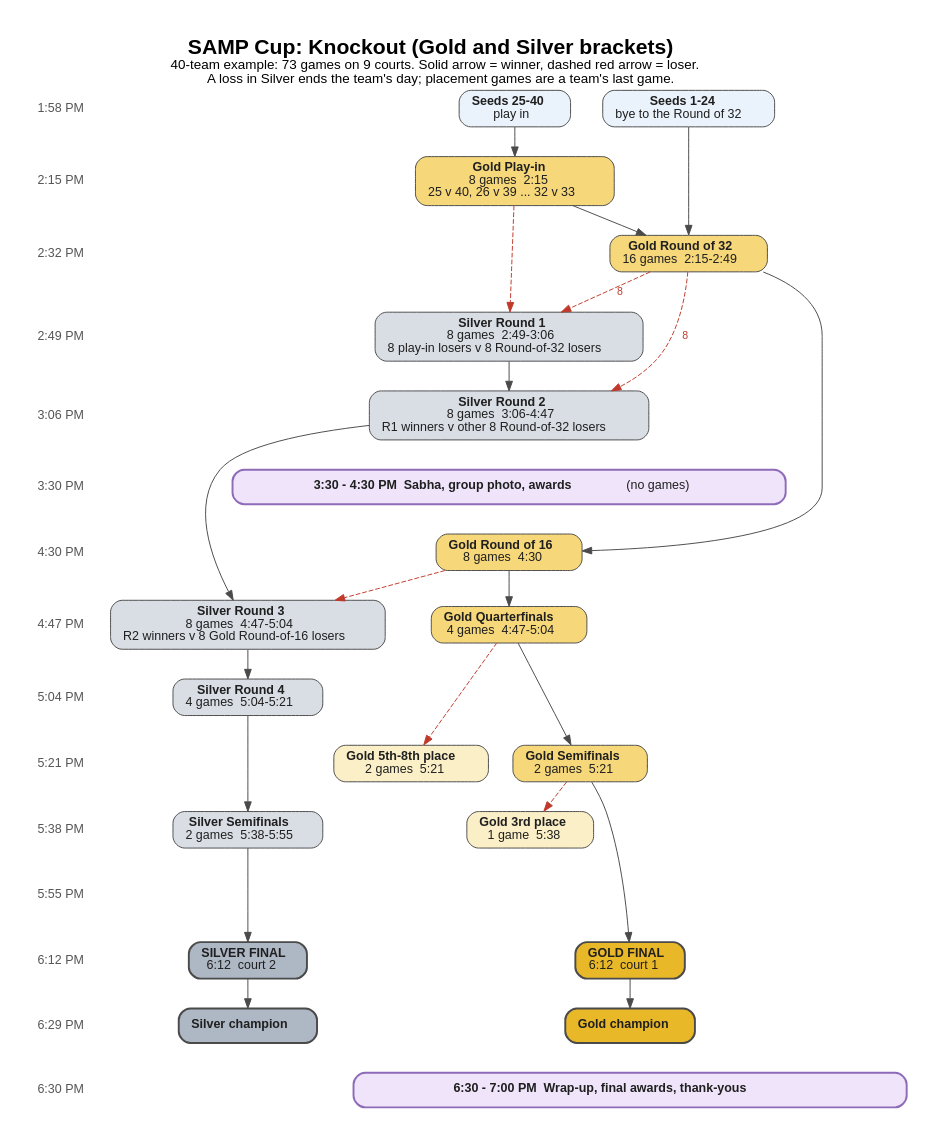
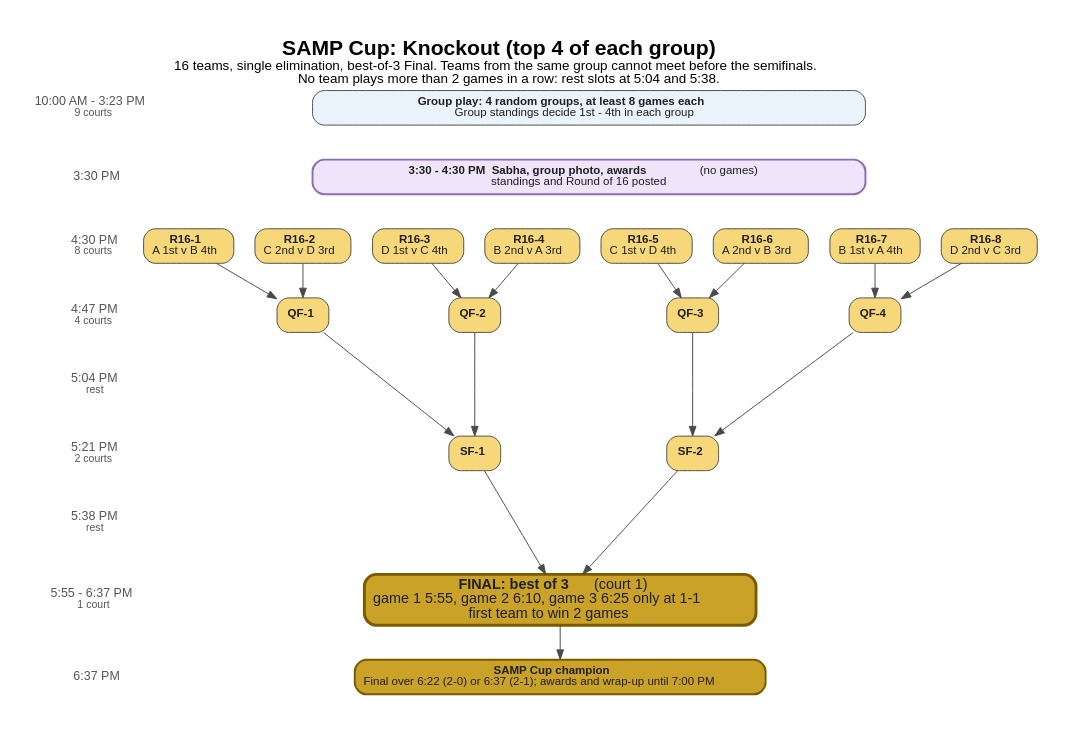
The diagram in Tournament Resources/flowchart_knockout.dot (itsKrutarth/SampCup), drawn with Graphviz before and after one commit. The commit also changed 20 other files, not shown here.

```diff
--- a/Tournament Resources/flowchart_knockout.dot
+++ b/Tournament Resources/flowchart_knockout.dot
@@ -1,84 +1,53 @@
-// SAMP Cup knockout flow (40-team times from sampcup_40team_knockout_schedule.csv).
+// SAMP Cup knockout flow (40-team times and courts from sampcup_40team_knockout_schedule.csv).
 // Render: dot -Tpng -Gdpi=150 flowchart_knockout.dot -o flowchart_knockout.png
 digraph knockout {
-  graph [rankdir=TB, fontname="Helvetica", fontsize=22, labelloc=t, nodesep=0.35, ranksep=0.4, pad=0.4, newrank=true,
-         label=<<b>SAMP Cup: Knockout (Gold and Silver brackets)</b><br/><font point-size="14">40-team example: 73 games on 9 courts. Solid arrow = winner, dashed red arrow = loser.<br/>A loss in Silver ends the team's day; placement games are a team's last game.</font>>];
-  node  [fontname="Helvetica", fontsize=13, shape=box, style="rounded,filled", color="#4A4A4A", margin="0.18,0.08"];
+  graph [rankdir=TB, fontname="Helvetica", fontsize=22, labelloc=t, nodesep=0.3, ranksep=0.5, pad=0.4, newrank=true,
+         label=<<b>SAMP Cup: Knockout (top 4 of each group)</b><br/><font point-size="14">16 teams, single elimination, best-of-3 Final. Teams from the same group cannot meet before the semifinals.<br/>No team plays more than 2 games in a row: rest slots at 5:04 and 5:38.</font>>];
+  node  [fontname="Helvetica", fontsize=12, shape=box, style="rounded,filled", color="#4A4A4A", margin="0.12,0.06", fillcolor="#F6D77A"];
   edge  [fontname="Helvetica", fontsize=11, color="#4A4A4A"];
 
-  // time axis
+  // time axis with courts in use
   node [shape=plaintext, style="", fontsize=13, fontcolor="#555555", margin=0];
-  t0 [label="1:58 PM"]; t1 [label="2:15 PM"]; t2 [label="2:32 PM"]; t3 [label="2:49 PM"]; t4 [label="3:06 PM"];
-  tS [label="3:30 PM"]; t5 [label="4:30 PM"]; t6 [label="4:47 PM"]; t7 [label="5:04 PM"]; t8 [label="5:21 PM"];
-  t9 [label="5:38 PM"]; t10 [label="5:55 PM"]; t11 [label="6:12 PM"]; t12 [label="6:29 PM"]; t13 [label="6:30 PM"];
-  t0 -> t1 -> t2 -> t3 -> t4 -> tS -> t5 -> t6 -> t7 -> t8 -> t9 -> t10 -> t11 -> t12 -> t13 [style=invis];
+  tG [label=<10:00 AM - 3:23 PM<br/><font point-size="11">9 courts</font>>];
+  tS [label="3:30 PM"];
+  t1 [label=<4:30 PM<br/><font point-size="11">8 courts</font>>];
+  t2 [label=<4:47 PM<br/><font point-size="11">4 courts</font>>];
+  t3 [label=<5:04 PM<br/><font point-size="11">rest</font>>];
+  t4 [label=<5:21 PM<br/><font point-size="11">2 courts</font>>];
+  t5 [label=<5:38 PM<br/><font point-size="11">rest</font>>];
+  t6 [label=<5:55 - 6:37 PM<br/><font point-size="11">1 court</font>>];
+  t7 [label="6:37 PM"];
+  tG -> tS -> t1 -> t2 -> t3 -> t4 -> t5 -> t6 -> t7 [style=invis];
 
-  node [shape=box, style="rounded,filled", fontcolor="#1F1F1F", fontsize=13, margin="0.18,0.08"];
+  node [shape=box, style="rounded,filled", fontcolor="#1F1F1F", fontsize=12, margin="0.12,0.06"];
 
-  // seeds
-  top   [label=<<b>Seeds 1-24</b><br/>bye to the Round of 32>, fillcolor="#EAF2FB"];
-  low   [label=<<b>Seeds 25-40</b><br/>play in>, fillcolor="#EAF2FB"];
+  groups [label=<<b>Group play: 4 random groups, at least 8 games each</b><br/>Group standings decide 1st - 4th in each group>, fillcolor="#EAF2FB", width=8];
+  sabha  [label=<<b>3:30 - 4:30 PM  Sabha, group photo, awards</b>  (no games)<br/>standings and Round of 16 posted>, fillcolor="#EFE4FA", color="#8E6BB8", penwidth=2, width=8];
 
-  // Gold bracket
-  gpi   [label=<<b>Gold Play-in</b><br/>8 games  2:15<br/>25 v 40, 26 v 39 ... 32 v 33>, fillcolor="#F6D77A"];
-  g32   [label=<<b>Gold Round of 32</b><br/>16 games  2:15-2:49>, fillcolor="#F6D77A"];
-  g16   [label=<<b>Gold Round of 16</b><br/>8 games  4:30>, fillcolor="#F6D77A"];
-  gqf   [label=<<b>Gold Quarterfinals</b><br/>4 games  4:47-5:04>, fillcolor="#F6D77A"];
-  gsf   [label=<<b>Gold Semifinals</b><br/>2 games  5:21>, fillcolor="#F6D77A"];
-  gf    [label=<<b>GOLD FINAL</b><br/>6:12  court 1>, fillcolor="#E9B829", penwidth=2];
-  gch   [label=<<b>Gold champion</b>>, shape=box, style="rounded,filled,bold", fillcolor="#E9B829"];
+  r1 [label=<<b>R16-1</b><br/>A 1st v B 4th>];
+  r2 [label=<<b>R16-2</b><br/>C 2nd v D 3rd>];
+  r3 [label=<<b>R16-3</b><br/>D 1st v C 4th>];
+  r4 [label=<<b>R16-4</b><br/>B 2nd v A 3rd>];
+  r5 [label=<<b>R16-5</b><br/>C 1st v D 4th>];
+  r6 [label=<<b>R16-6</b><br/>A 2nd v B 3rd>];
+  r7 [label=<<b>R16-7</b><br/>B 1st v A 4th>];
+  r8 [label=<<b>R16-8</b><br/>D 2nd v C 3rd>];
+  q1 [label=<<b>QF-1</b>>]; q2 [label=<<b>QF-2</b>>]; q3 [label=<<b>QF-3</b>>]; q4 [label=<<b>QF-4</b>>];
+  s1 [label=<<b>SF-1</b>>]; s2 [label=<<b>SF-2</b>>];
+  f  [label=<<b>FINAL: best of 3</b>  (court 1)<br/>game 1 5:55, game 2 6:10, game 3 6:25 only at 1-1<br/>first team to win 2 games>, fillcolor="#C9A227", color="#7A5C00", penwidth=3, fontsize=15];
+  champ [label=<<b>SAMP Cup champion</b><br/>Final over 6:22 (2-0) or 6:37 (2-1); awards and wrap-up until 7:00 PM>, fillcolor="#C9A227", color="#7A5C00", penwidth=2];
 
-  // placement
-  p5    [label=<<b>Gold 5th-8th place</b><br/>2 games  5:21>, fillcolor="#FBEFC7"];
-  p3    [label=<<b>Gold 3rd place</b><br/>1 game  5:38>, fillcolor="#FBEFC7"];
+  groups -> sabha [style=invis];
+  sabha -> {r1 r2 r3 r4 r5 r6 r7 r8} [style=invis];
+  {r1 r2} -> q1; {r3 r4} -> q2; {r5 r6} -> q3; {r7 r8} -> q4;
+  {q1 q2} -> s1; {q3 q4} -> s2;
+  {s1 s2} -> f -> champ;
 
-  // Silver bracket (losers bracket)
-  s1    [label=<<b>Silver Round 1</b><br/>8 games  2:49-3:06<br/>8 play-in losers v 8 Round-of-32 losers>, fillcolor="#D9DEE5"];
-  s2    [label=<<b>Silver Round 2</b><br/>8 games  3:06-4:47<br/>R1 winners v other 8 Round-of-32 losers>, fillcolor="#D9DEE5"];
-  s3    [label=<<b>Silver Round 3</b><br/>8 games  4:47-5:04<br/>R2 winners v 8 Gold Round-of-16 losers>, fillcolor="#D9DEE5"];
-  s4    [label=<<b>Silver Round 4</b><br/>4 games  5:04-5:21>, fillcolor="#D9DEE5"];
-  ssf   [label=<<b>Silver Semifinals</b><br/>2 games  5:38-5:55>, fillcolor="#D9DEE5"];
-  sf    [label=<<b>SILVER FINAL</b><br/>6:12  court 2>, fillcolor="#AEB7C4", penwidth=2];
-  sch   [label=<<b>Silver champion</b>>, style="rounded,filled,bold", fillcolor="#AEB7C4"];
-
-  sabha [label=<<b>3:30 - 4:30 PM  Sabha, group photo, awards</b>  (no games)>, fillcolor="#EFE4FA", color="#8E6BB8", penwidth=2, width=8];
-  wrap  [label=<<b>6:30 - 7:00 PM  Wrap-up, final awards, thank-yous</b>>, fillcolor="#EFE4FA", color="#8E6BB8", penwidth=2, width=8];
-
-  // winners
-  low -> gpi;
-  top -> g32;
-  gpi -> g32;
-  g32 -> g16 -> gqf -> gsf -> gf -> gch;
-  s1 -> s2 -> s3 -> s4 -> ssf -> sf -> sch;
-
-  // losers
-  edge [style=dashed, color="#C0392B", fontcolor="#C0392B"];
-  gpi -> s1;
-  g32 -> s1 [label=" 8"];
-  g32 -> s2 [label=" 8"];
-  g16 -> s3;
-  gqf -> p5;
-  gsf -> p3;
-
-  // align with the time axis
-  {rank=same; t0; top; low}
-  {rank=same; t1; gpi}
-  {rank=same; t2; g32}
-  {rank=same; t3; s1}
-  {rank=same; t4; s2}
+  {rank=same; tG; groups}
   {rank=same; tS; sabha}
-  {rank=same; t5; g16}
-  {rank=same; t6; gqf; s3}
-  {rank=same; t7; s4}
-  {rank=same; t8; gsf; p5}
-  {rank=same; t9; p3; ssf}
-  {rank=same; t10}
-  {rank=same; t11; gf; sf}
-  {rank=same; t12; gch; sch}
-  {rank=same; t13; wrap}
-
-  // keep Sabha and wrap-up as bands across the chart
-  edge [style=invis];
-  s2 -> sabha -> g16;
-  gch -> wrap;
+  {rank=same; t1; r1; r2; r3; r4; r5; r6; r7; r8}
+  {rank=same; t2; q1; q2; q3; q4}
+  {rank=same; t4; s1; s2}
+  {rank=same; t6; f}
+  {rank=same; t7; champ}
 }
```
